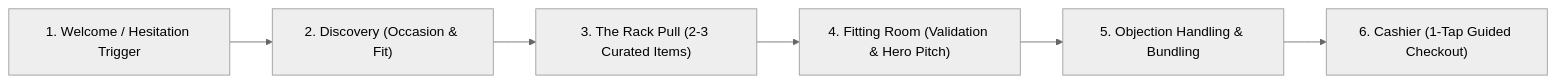
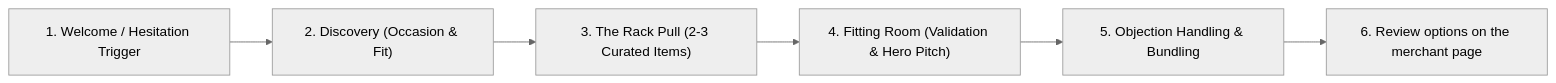
One commit to katta-karthik/ai-sales-associate changed the diagram in README.md. Above: the diagram before and after it, drawn with Mermaid (neutral theme). The commit also changed other lines of this file and 7 other files, not shown here.

````diff
--- a/README.md
+++ b/README.md
@@ -72,8 +72,8 @@
 ```mermaid
 flowchart LR
     S1["1. Welcome / Hesitation Trigger"] --> S2["2. Discovery (Occasion & Fit)"]
     S2 --> S3["3. The Rack Pull (2-3 Curated Items)"]
     S3 --> S4["4. Fitting Room (Validation & Hero Pitch)"]
     S4 --> S5["5. Objection Handling & Bundling"]
-    S5 --> S6["6. Cashier (1-Tap Guided Checkout)"]
+    S5 --> S6["6. Review options on the merchant page"]
 ```
````
